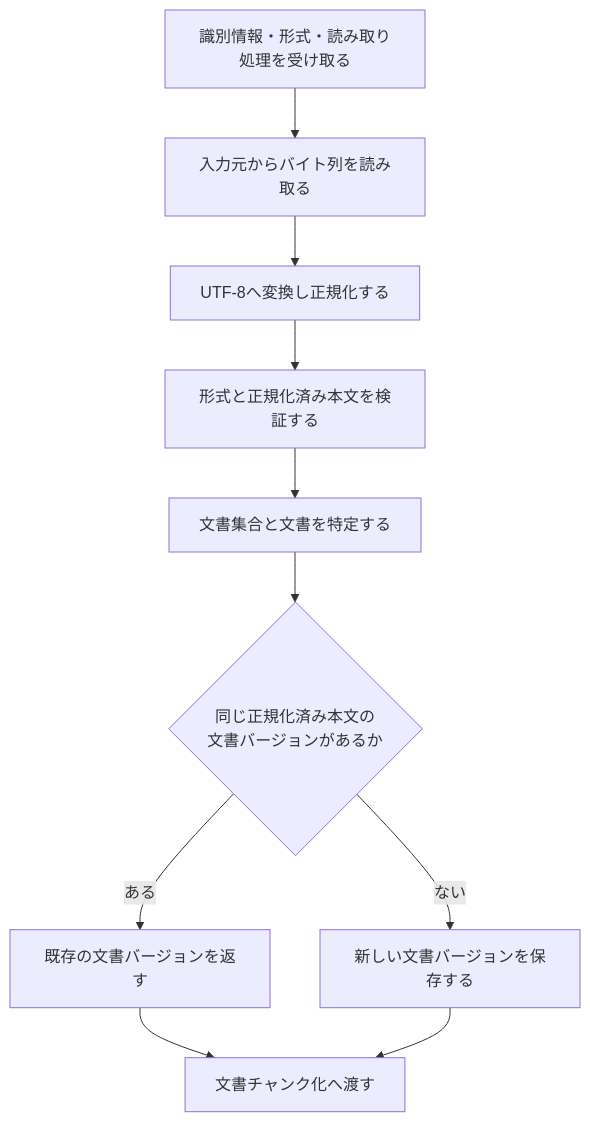
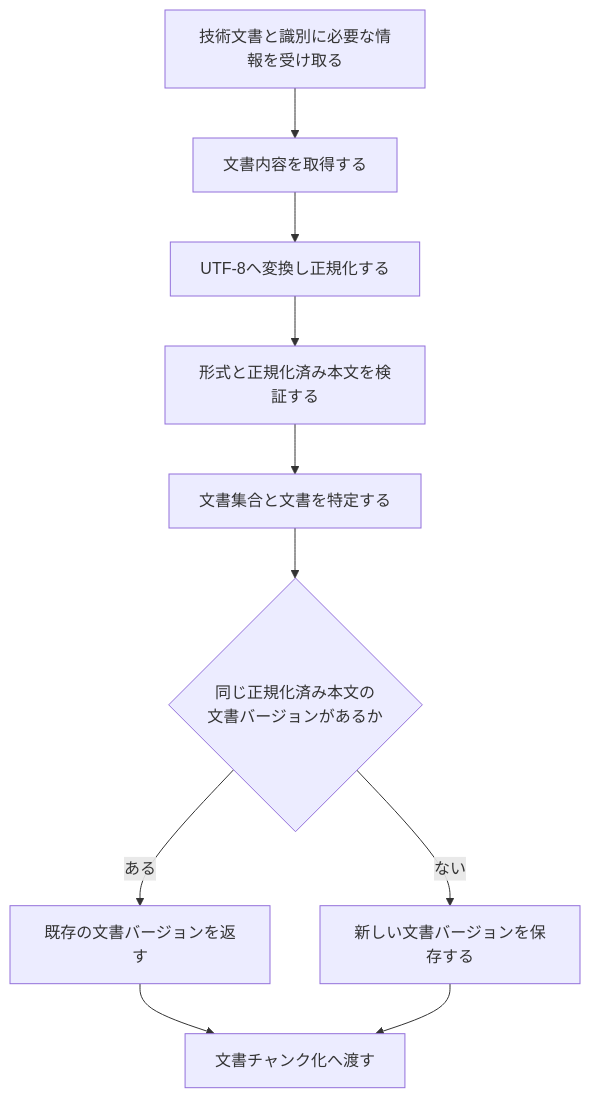
One commit to takashit16833/RAGScope changed the diagram in project-docs/design/domains/documents/文書取り込み設計.md. Above: the diagram before and after it, drawn with Mermaid. The commit also changed other lines of this file and 2 other files, not shown here.

````diff
--- a/project-docs/design/domains/documents/文書取り込み設計.md
+++ b/project-docs/design/domains/documents/文書取り込み設計.md
@@ -41,16 +41,16 @@
 ```mermaid
 flowchart TD
-    Receive["識別情報・形式・読み取り処理を受け取る"]
-    Read["入力元からバイト列を読み取る"]
+    Receive["技術文書と識別に必要な情報を受け取る"]
+    Read["文書内容を取得する"]
     Normalize["UTF-8へ変換し正規化する"]
     Validate["形式と正規化済み本文を検証する"]
     Identify["文書集合と文書を特定する"]
     Compare{"同じ正規化済み本文の<br>文書バージョンがあるか"}
     Reuse["既存の文書バージョンを返す"]
     Create["新しい文書バージョンを保存する"]
     Handoff["文書チャンク化へ渡す"]
 
     Receive --> Read --> Normalize --> Validate --> Identify --> Compare
     Compare -->|ある| Reuse --> Handoff
     Compare -->|ない| Create --> Handoff
 ```
````
